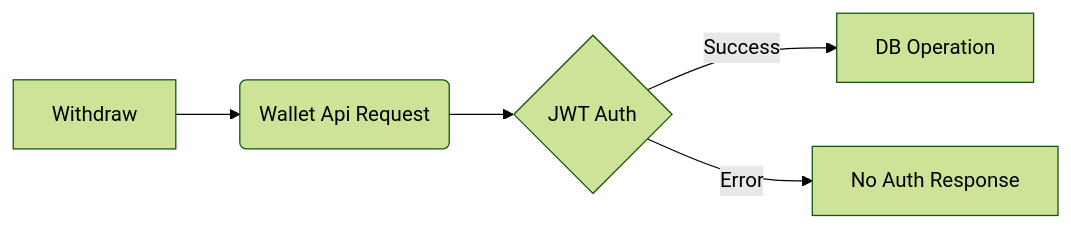
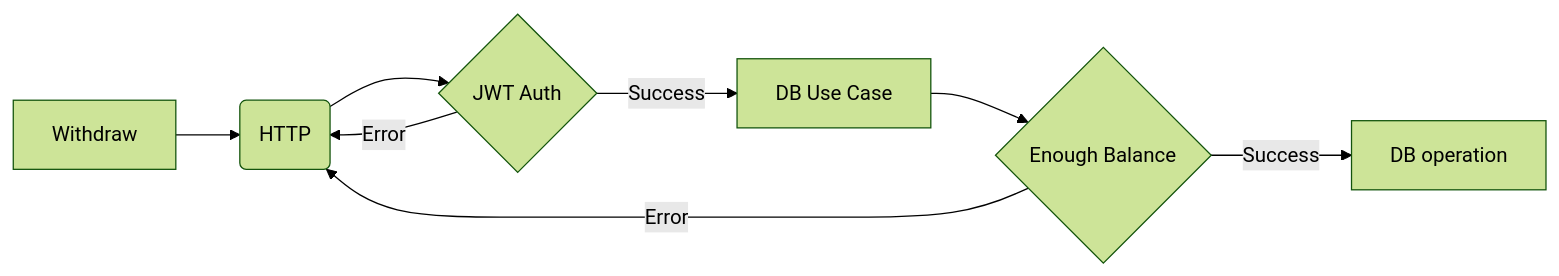
The second of 2 diagrams in Technical.md (bartukocakara/go-echo-wallet-app), drawn with Mermaid (forest theme) before and after one commit.

````diff
--- a/Technical.md
+++ b/Technical.md
@@ -17,8 +17,11 @@
 ```mermaid
 flowchart LR
 
-A[Withdraw] --> B(Wallet Api Request)
+A[Withdraw] --> B(HTTP)
 B --> C{JWT Auth}
-C -->|Success| D[DB Operation]
-C -->|Error| E[No Auth Response]
+C -->|Success| D[DB Use Case]
+C -->|Error| B
+D -->F{Enough Balance}
+F -->|Success| H[DB operation] 
+F -->|Error| B 
 ```
````
